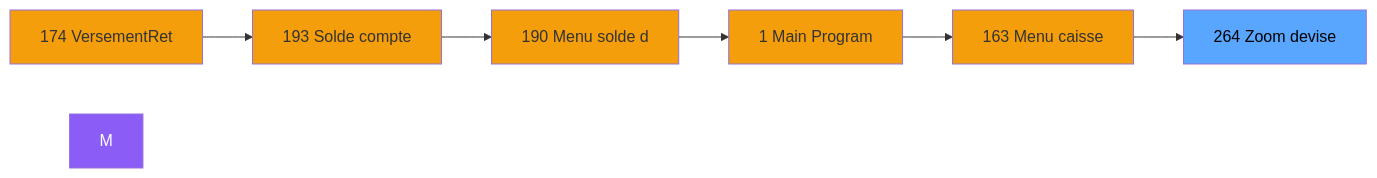
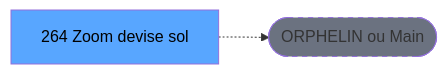
Before and after one commit to thonyAGP/lecteur-magic: the second of 3 diagrams in .openspec/specs/ADH-IDE-264.md, drawn with Mermaid. The commit also changed other lines of this file and 701 other files, not shown here.

````diff
--- a/.openspec/specs/ADH-IDE-264.md
+++ b/.openspec/specs/ADH-IDE-264.md
@@ -112,21 +117,8 @@
 ```mermaid
 graph LR
-    N174[174 VersementRet]
-    N193[193 Solde compte]
-    N190[190 Menu solde d]
-    N1[1 Main Program]
-    N163[163 Menu caisse ]
-    T[264 Zoom devise ]
-    N174 --> N193
-    N193 --> N190
-    N190 --> N1
-    N1 --> N163
-    N163 --> T
-    style M fill:#8b5cf6,color:#fff
-    style N174 fill:#f59e0b
-    style N193 fill:#f59e0b
-    style N190 fill:#f59e0b
-    style N1 fill:#f59e0b
-    style N163 fill:#f59e0b
+    T[264 Zoom devise sol]
+    ORPHAN([ORPHELIN ou Main])
+    T -.-> ORPHAN
     style T fill:#58a6ff,color:#000
+    style ORPHAN fill:#6b7280,stroke-dasharray: 5 5
 ```
````
